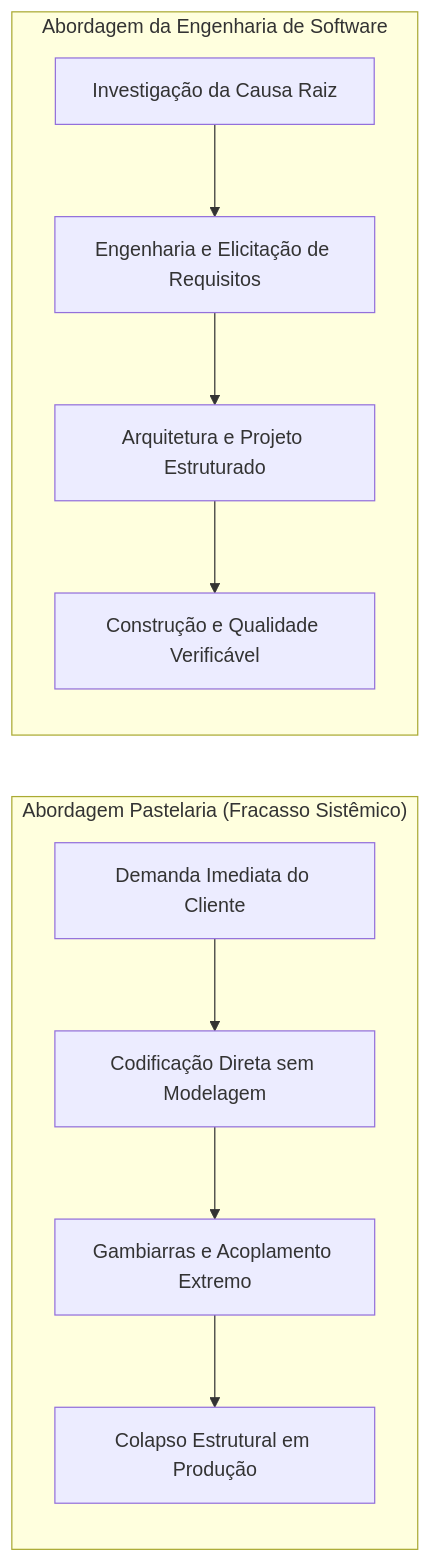
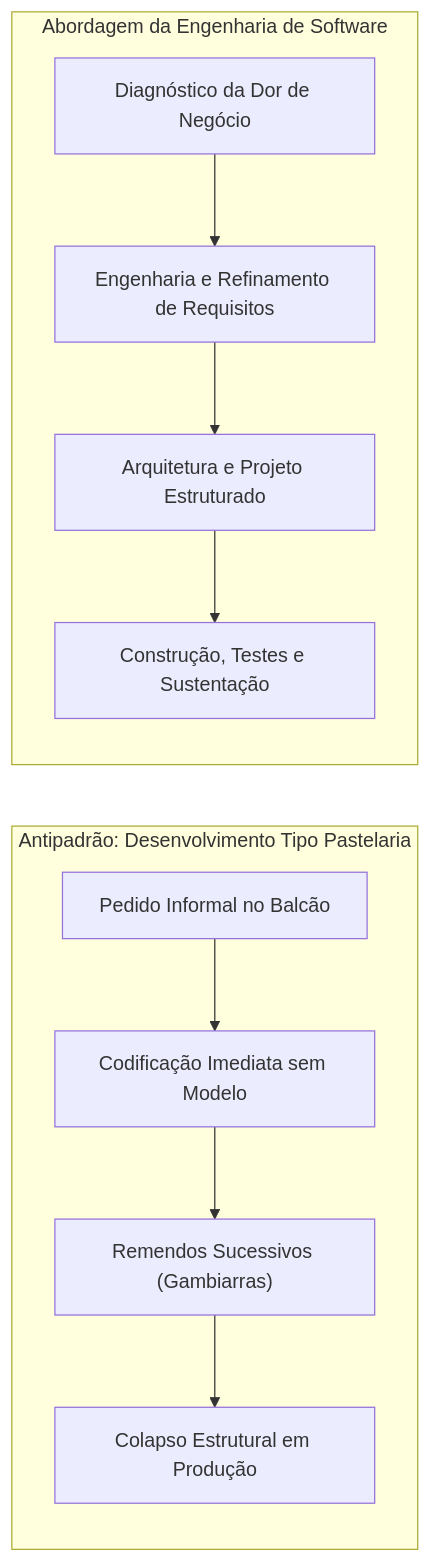
Before and after one commit to murilolol/unifef: the second of 32 diagrams in 4º Semestre/[Prof. Wesley Soares] Engenharia de Software II/Resumos-IA/Caderno-Consolidado.md, drawn with Mermaid. The commit also changed other lines of this file and 10 other files, not shown here.

````diff
--- a/4º Semestre/[Prof. Wesley Soares] Engenharia de Software II/Resumos-IA/Caderno-Consolidado.md
+++ b/4º Semestre/[Prof. Wesley Soares] Engenharia de Software II/Resumos-IA/Caderno-Consolidado.md
@@ -151,16 +172,16 @@
 ```mermaid
 flowchart LR
-    subgraph ModoPastelaria["Abordagem Pastelaria (Fracasso Sistêmico)"]
-        direction TB
-        P1["Demanda Imediata do Cliente"] --> P2["Codificação Direta sem Modelagem"]
-        P2 --> P3["Gambiarras e Acoplamento Extremo"]
-        P3 --> P4["Colapso Estrutural em Produção"]
-    end
+  subgraph Pastelaria["Antipadrão: Desenvolvimento Tipo Pastelaria"]
+    direction TB
+    P1["Pedido Informal no Balcão"] --> P2["Codificação Imediata sem Modelo"]
+    P2 --> P3["Remendos Sucessivos (Gambiarras)"]
+    P3 --> P4["Colapso Estrutural em Produção"]
+  end
 
-    subgraph ModoEngenharia["Abordagem da Engenharia de Software"]
-        direction TB
-        E1["Investigação da Causa Raiz"] --> E2["Engenharia e Elicitação de Requisitos"]
-        E2 --> E3["Arquitetura e Projeto Estruturado"]
-        E3 --> E4["Construção e Qualidade Verificável"]
-    end
+  subgraph Engenharia["Abordagem da Engenharia de Software"]
+    direction TB
+    E1["Diagnóstico da Dor de Negócio"] --> E2["Engenharia e Refinamento de Requisitos"]
+    E2 --> E3["Arquitetura e Projeto Estruturado"]
+    E3 --> E4["Construção, Testes e Sustentação"]
+  end
 ```
````
